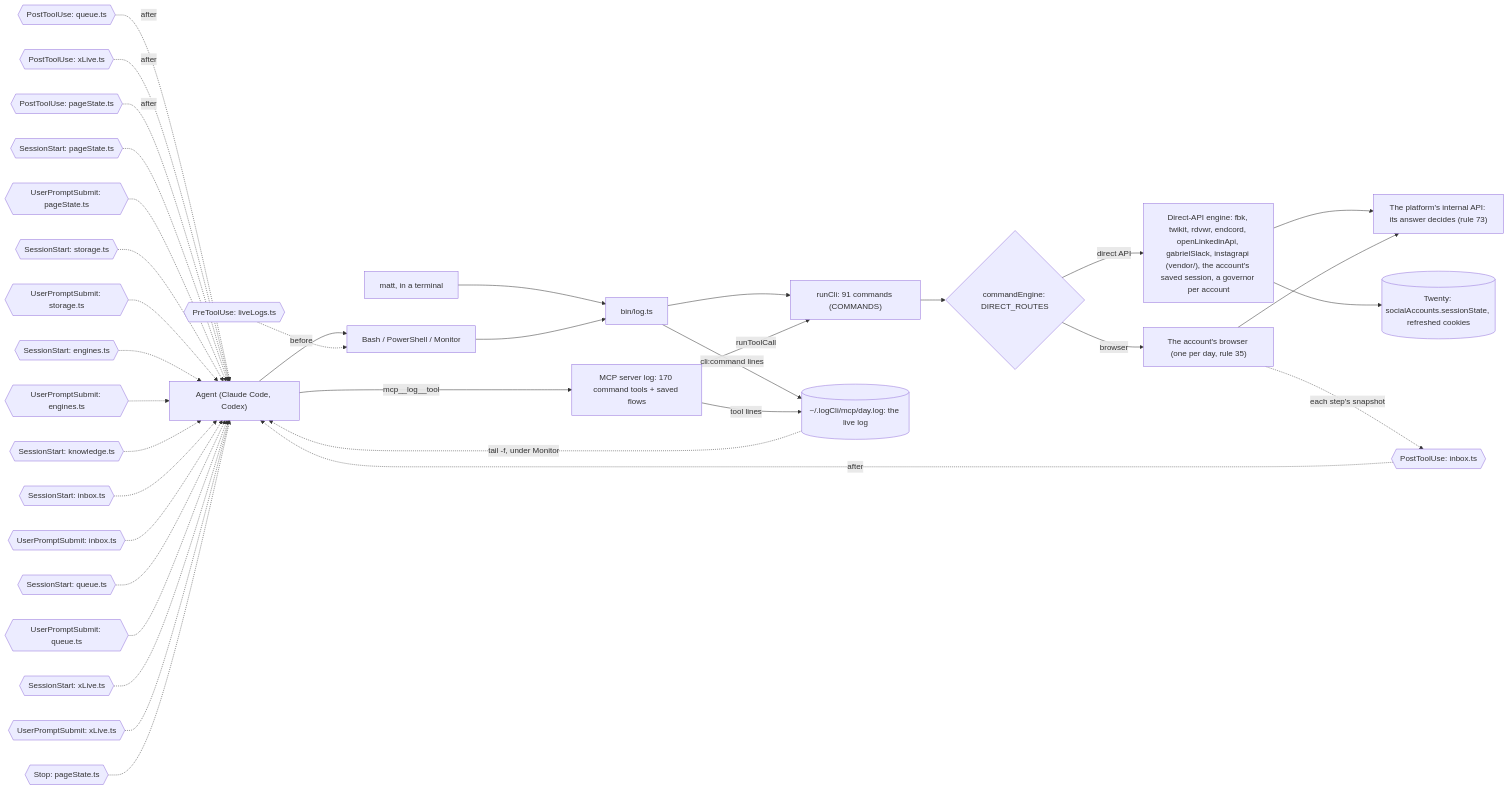
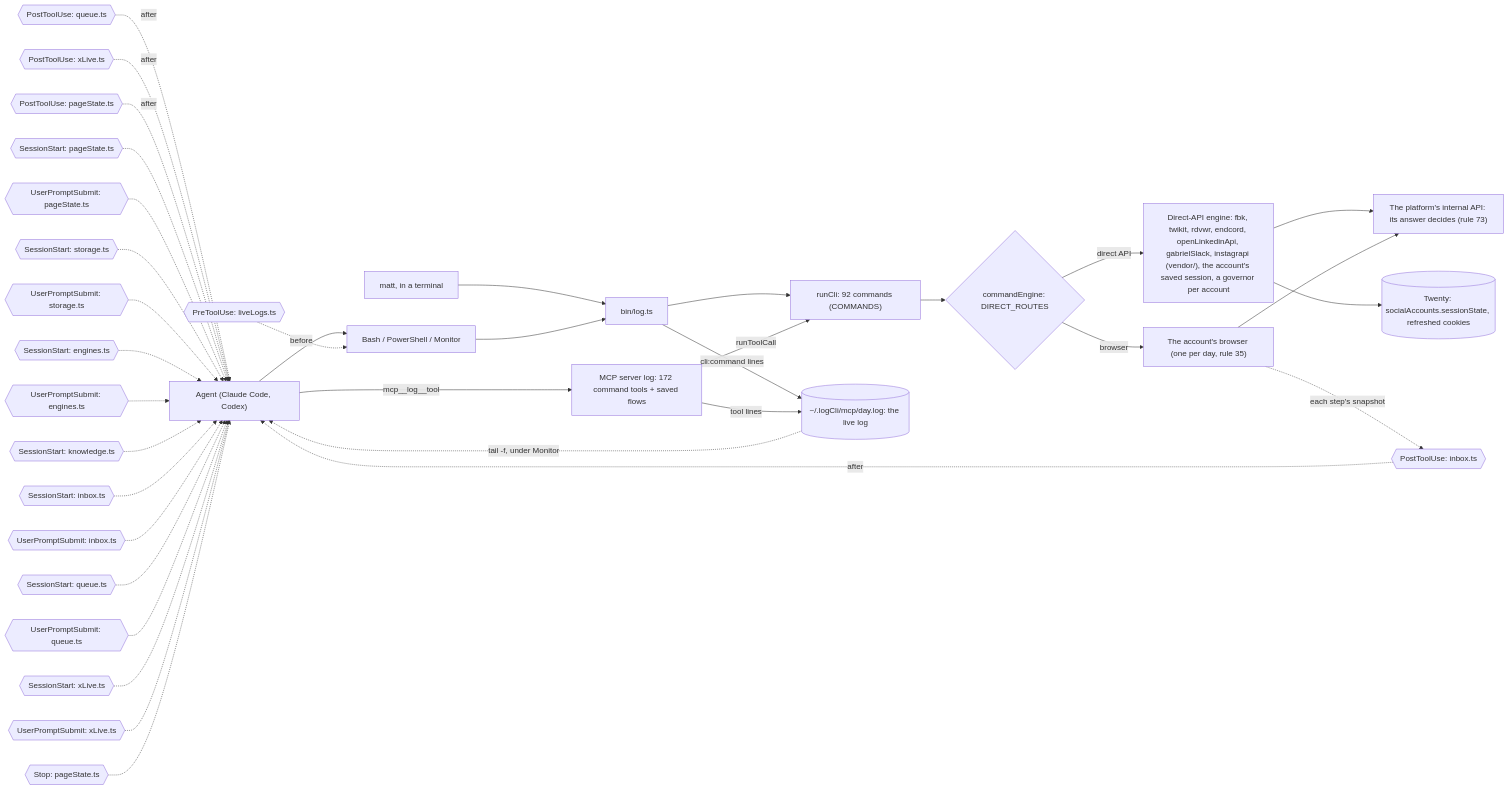
Before and after one commit to matthewdonsemail-lab/log: the third of 6 diagrams in docs/reference.md, drawn with Mermaid. The commit also changed other lines of this file and 31 other files, not shown here.

````diff
--- a/docs/reference.md
+++ b/docs/reference.md
@@ -186,50 +187,50 @@
 ```mermaid
 flowchart LR
   agent["Agent (Claude Code, Codex)"]
   matt["matt, in a terminal"]
   shell["Bash / PowerShell / Monitor"]
-  mcp["MCP server log: 170 command tools + saved flows"]
+  mcp["MCP server log: 172 command tools + saved flows"]
   bin["bin/log.ts"]
-  runCli["runCli: 91 commands (COMMANDS)"]
+  runCli["runCli: 92 commands (COMMANDS)"]
   live[("~/.logCli/mcp/day.log: the live log")]
   engine{"commandEngine: DIRECT_ROUTES"}
   direct["Direct-API engine: fbk, twikit, rdvwr, endcord, openLinkedinApi, gabrielSlack, instagrapi (vendor/), the account's saved session, a governor per account"]
   browser["The account's browser (one per day, rule 35)"]
   api["The platform's internal API: its answer decides (rule 73)"]
   twenty[("Twenty: socialAccounts.sessionState, refreshed cookies")]
   agent --> shell
   matt --> bin
   shell --> bin
   agent -->|mcp__log__tool| mcp
   bin --> runCli
   mcp -->|runToolCall| runCli
   runCli --> engine
   engine -->|direct API| direct
   engine -->|browser| browser
   direct --> api
   browser --> api
   direct --> twenty
   bin -->|cli:command lines| live
   mcp -->|tool lines| live
   live -.->|tail -f, under Monitor| agent
   pre0{{"PreToolUse: liveLogs.ts"}} -.->|before| shell
   post0{{"PostToolUse: inbox.ts"}} -.->|after| agent
   post1{{"PostToolUse: queue.ts"}} -.->|after| agent
   post2{{"PostToolUse: xLive.ts"}} -.->|after| agent
   post3{{"PostToolUse: pageState.ts"}} -.->|after| agent
   turn0{{"SessionStart: pageState.ts"}} -.-> agent
   turn1{{"UserPromptSubmit: pageState.ts"}} -.-> agent
   turn2{{"SessionStart: storage.ts"}} -.-> agent
   turn3{{"UserPromptSubmit: storage.ts"}} -.-> agent
   turn4{{"SessionStart: engines.ts"}} -.-> agent
   turn5{{"UserPromptSubmit: engines.ts"}} -.-> agent
   turn6{{"SessionStart: knowledge.ts"}} -.-> agent
   turn7{{"SessionStart: inbox.ts"}} -.-> agent
   turn8{{"UserPromptSubmit: inbox.ts"}} -.-> agent
   turn9{{"SessionStart: queue.ts"}} -.-> agent
   turn10{{"UserPromptSubmit: queue.ts"}} -.-> agent
   turn11{{"SessionStart: xLive.ts"}} -.-> agent
   turn12{{"UserPromptSubmit: xLive.ts"}} -.-> agent
   turn13{{"Stop: pageState.ts"}} -.-> agent
   browser -.->|each step's snapshot| post0
 ```
````
